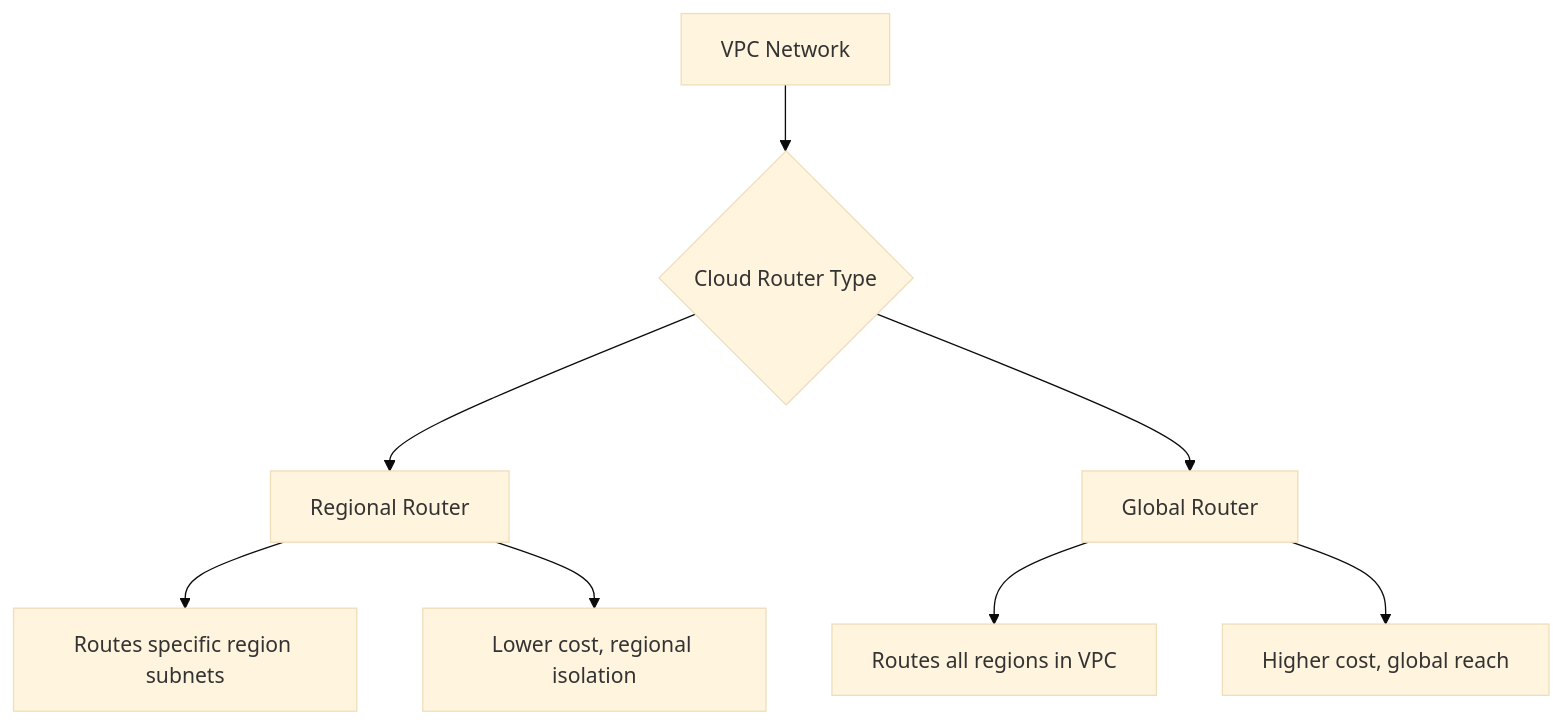
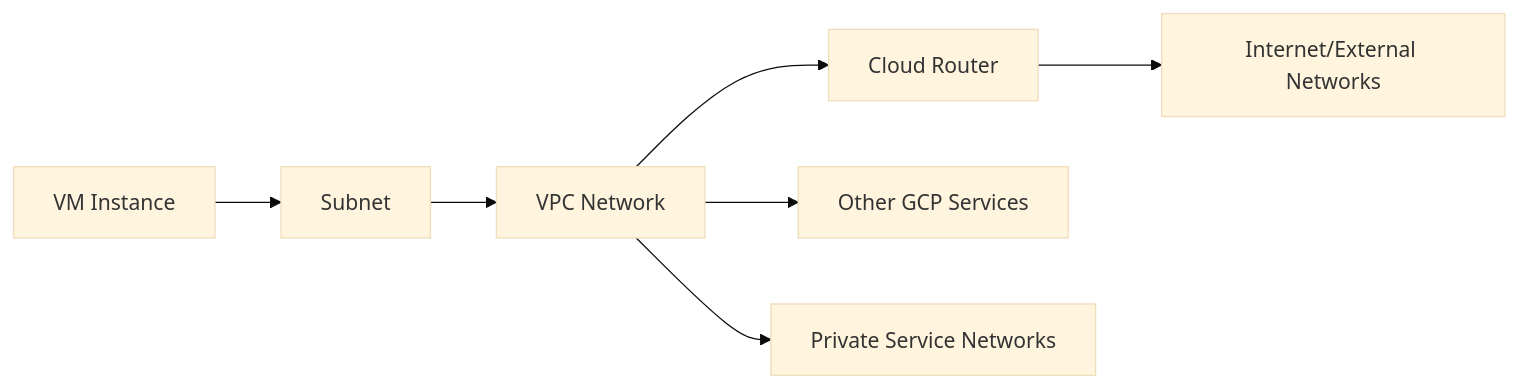
Before and after one commit to pavannav/public1: the diagram in SG/Cloud-Concepts-SG-v3/004-how-to-create-vpc-gcp-in-hindi.md, drawn with Mermaid (base theme). The commit also changed other lines of this file and 15 other files, not shown here.

````diff
--- a/SG/Cloud-Concepts-SG-v3/004-how-to-create-vpc-gcp-in-hindi.md
+++ b/SG/Cloud-Concepts-SG-v3/004-how-to-create-vpc-gcp-in-hindi.md
@@ -142,12 +84,9 @@
 ```mermaid
-graph TD
-    A[VPC Network] --> B{Cloud Router Type}
-    B --> C[Regional Router]
-    B --> D[Global Router]
-
-    C --> E[Routes specific region subnets]
-    C --> F[Lower cost, regional isolation]
-
-    D --> G[Routes all regions in VPC]
-    D --> H[Higher cost, global reach]
+graph LR
+    A[VM Instance] --> B[Subnet]
+    B --> C[VPC Network]
+    C --> D[Cloud Router]
+    D --> E[Internet/External Networks]
+    C --> F[Other GCP Services]
+    C --> G[Private Service Networks]
 ```
````
